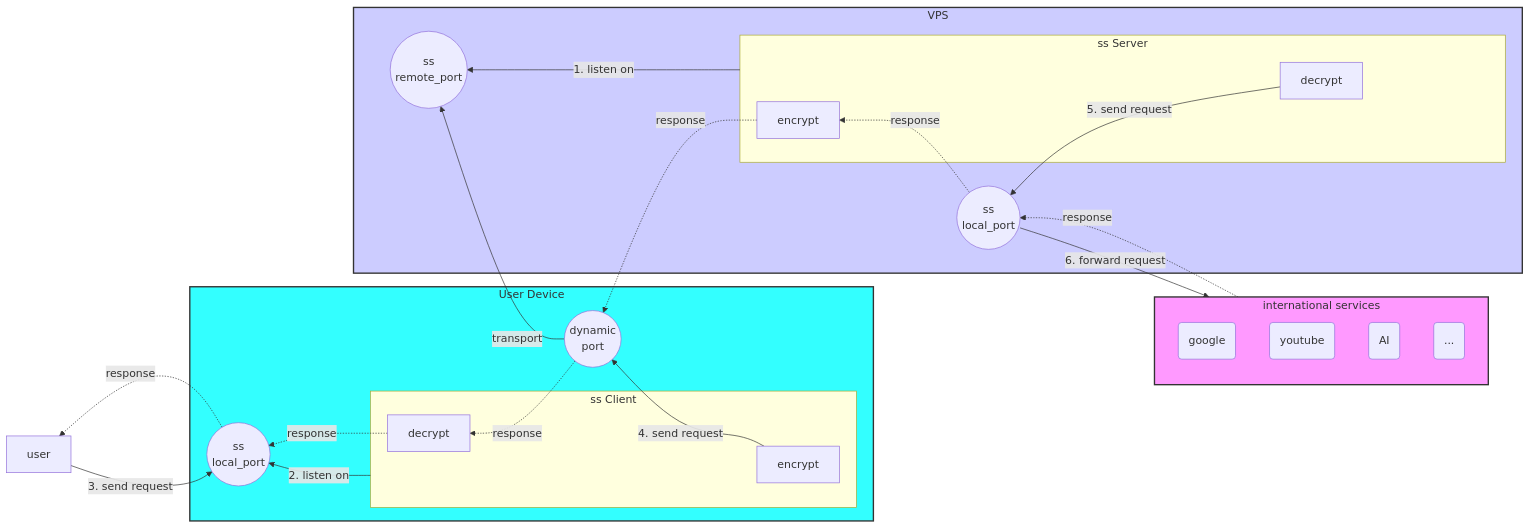
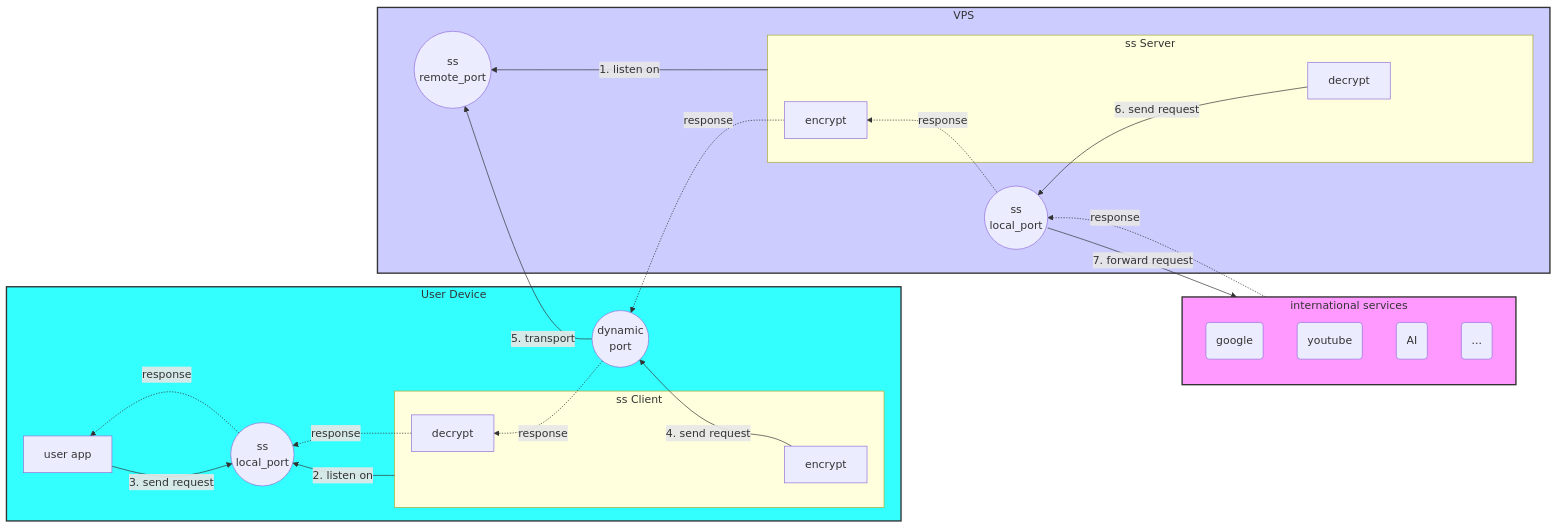
One commit to hdouhua/ml-in-action changed the first of 2 diagrams in day-day-up/gfw.md. Above: the diagram before and after it, drawn with Mermaid.

Commit message:
fix: bug on ss workflow

````diff
--- a/day-day-up/gfw.md
+++ b/day-day-up/gfw.md
@@ -7,49 +7,43 @@
 ```mermaid
 graph RL
 
-    user -->|3. send request| CLP1
-
     subgraph D[User Device]
+        UA[user app] -->|3. send request| CLP1
         C -->|2. listen on|CLP1((ss\nlocal_port))
 
         subgraph C[ss Client]
             CE[encrypt];
             CD[decrypt];
         end
 
         CE -->|4. send request| CLP2((dynamic\nport))
     end
 
-    CLP2 -->|transport| RP
+    CLP2 -->|5. transport| RP
     
     subgraph VPS
         S -->|1. listen on| RP((ss\nremote_port));
 
         subgraph S[ss Server]
             DE[decrypt];
             SE[encrypt]
         end
 
-        DE --> |5. send request| SLP((ss\nlocal_port));
+        DE --> |6. send request| SLP((ss\nlocal_port));
 
     end
 
-    SLP -->|6. forward request| IS;
+    SLP -->|7. forward request| IS;
     subgraph IS[international services]
         G(google);
         Y(youtube);
         AI(AI);
         O(...);
     end
 
-    IS -.->|response| SLP;
-    SLP -.->|response| SE;
-    SE -.->|response| CLP2
-    CLP2 -.->|response| CD;
-    CD -.->|response| CLP1;
-    CLP1 -.->|response| user;
+    IS -.->|response| SLP -.->|response| SE -.->|response| CLP2 -.->|response| CD -.->|response| CLP1 -.->|response| UA;
 
     style D fill:#3ff,stroke:#333,stroke-width:2px;
     style VPS fill:#ccf,stroke:#333,stroke-width:2px;
     style IS fill:#f9f,stroke:#333,stroke-width:2px;
 ```
````
